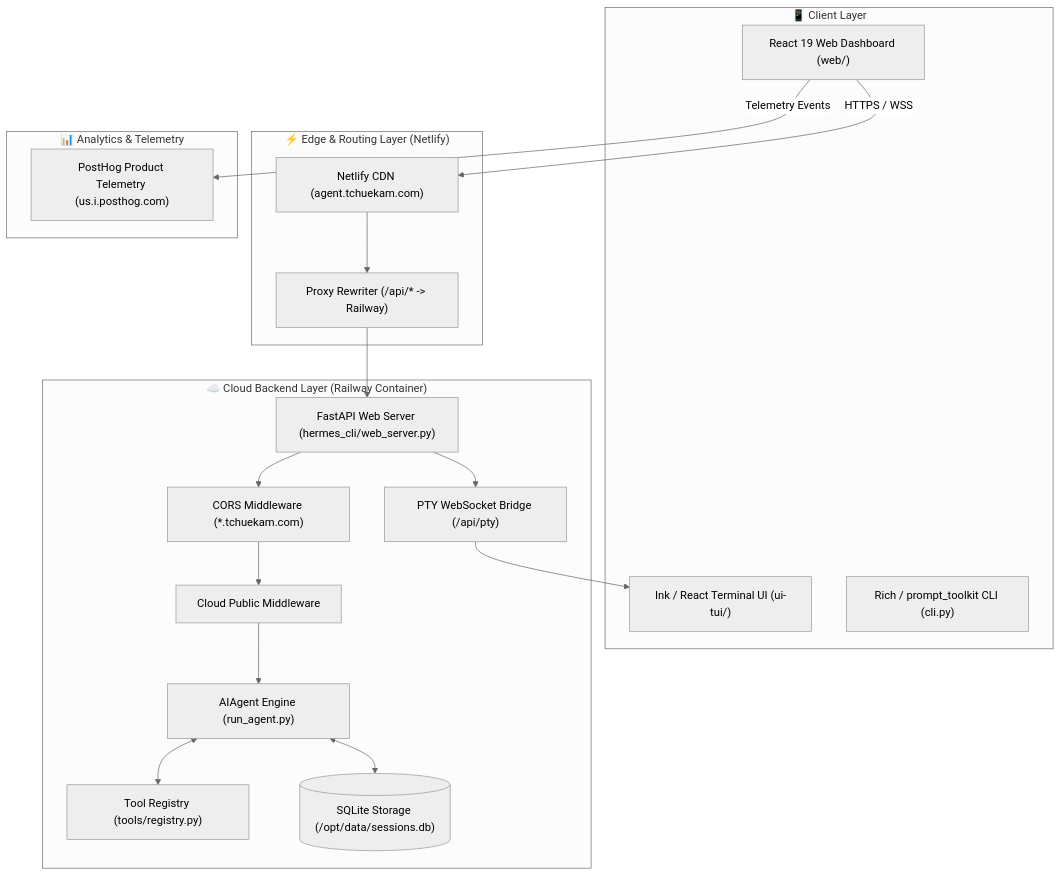
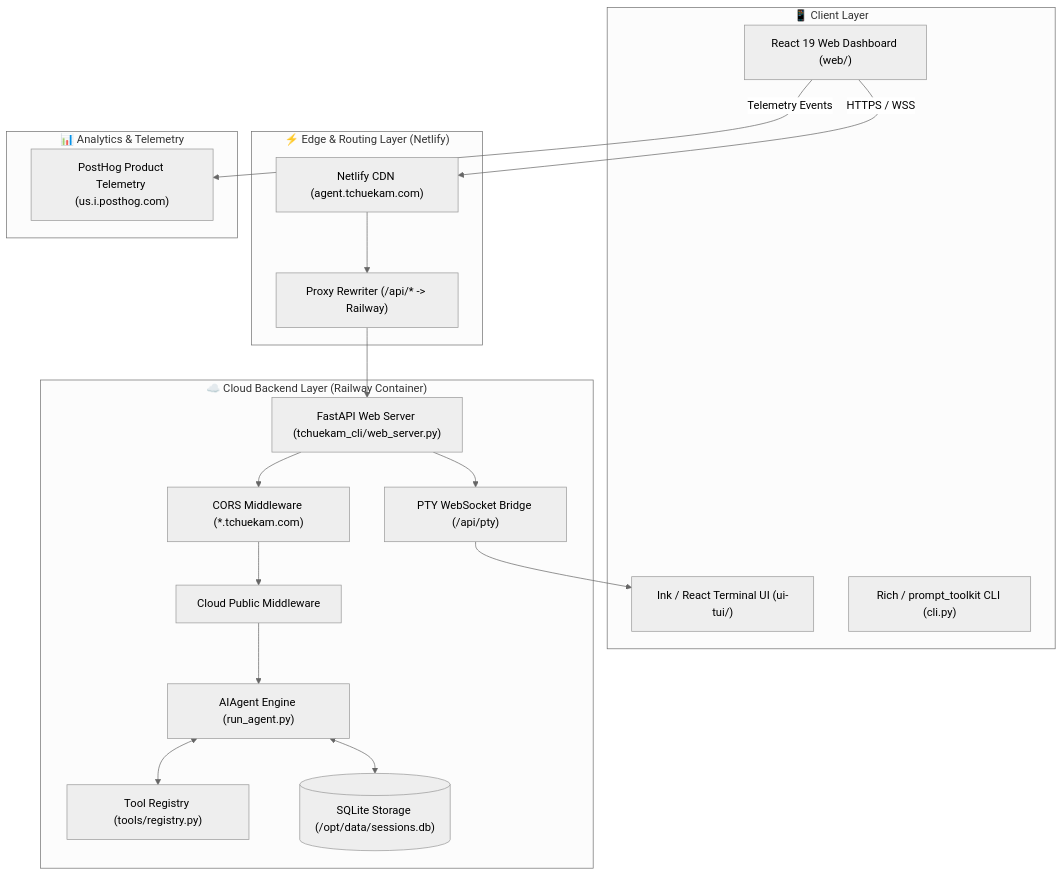
Before and after one commit to Tchuekam/tchuekam-desktop: the first of 2 diagrams in website/docs/developer-guide/architecture.md, drawn with Mermaid (neutral theme). The commit also changed other lines of this file and 1135 other files, not shown here.

````diff
--- a/website/docs/developer-guide/architecture.md
+++ b/website/docs/developer-guide/architecture.md
@@ -15,35 +15,35 @@
 ```mermaid
 flowchart TD
     subgraph ClientLayer["📱 Client Layer"]
         WebSPA["React 19 Web Dashboard (web/)"]
         TUI["Ink / React Terminal UI (ui-tui/)"]
         CLI["Rich / prompt_toolkit CLI (cli.py)"]
     end
 
     subgraph EdgeLayer["⚡ Edge & Routing Layer (Netlify)"]
         NetlifyEdge["Netlify CDN (agent.tchuekam.com)"]
         ProxyRule["Proxy Rewriter (/api/* -> Railway)"]
     end
 
     subgraph CloudBackend["☁️ Cloud Backend Layer (Railway Container)"]
-        FastAPI["FastAPI Web Server (hermes_cli/web_server.py)"]
+        FastAPI["FastAPI Web Server (tchuekam_cli/web_server.py)"]
         CORS["CORS Middleware (*.tchuekam.com)"]
         AuthGate["Cloud Public Middleware"]
         AgentEngine["AIAgent Engine (run_agent.py)"]
         PTYBridge["PTY WebSocket Bridge (/api/pty)"]
         ToolRegistry["Tool Registry (tools/registry.py)"]
         SessionDB[("SQLite Storage (/opt/data/sessions.db)")]
     end
 
     subgraph Analytics["📊 Analytics & Telemetry"]
         PostHog["PostHog Product Telemetry (us.i.posthog.com)"]
     end
 
     WebSPA -->|HTTPS / WSS| NetlifyEdge
     NetlifyEdge --> ProxyRule --> FastAPI
     WebSPA -->|Telemetry Events| PostHog
     FastAPI --> CORS --> AuthGate --> AgentEngine
     FastAPI --> PTYBridge --> TUI
     AgentEngine <--> ToolRegistry
     AgentEngine <--> SessionDB
 ```
````
